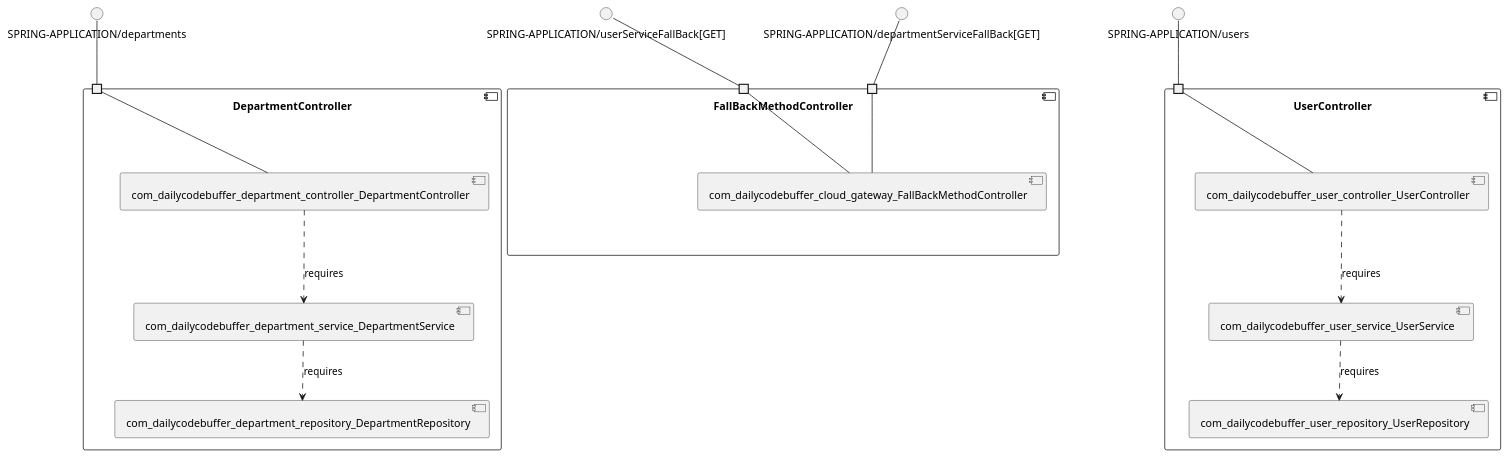
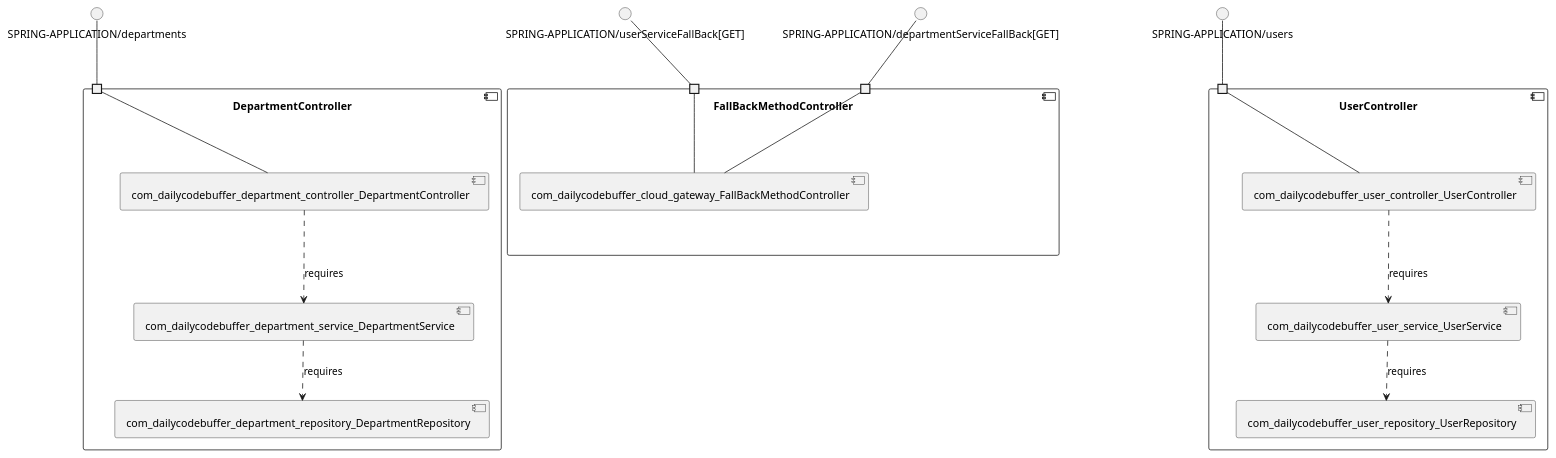
Before and after one commit to View-Based-Reverse-Engineering/Retriever-Benchmark: the diagram in shabbirdwd53-springboot-microservice/model_re/uml/componentDiagram.puml, drawn with PlantUML. The commit also changed other lines of this file and 195 other files, not shown here.

```diff
--- a/shabbirdwd53-springboot-microservice/model_re/uml/componentDiagram.puml
+++ b/shabbirdwd53-springboot-microservice/model_re/uml/componentDiagram.puml
@@ -1,37 +1,37 @@
 @startuml
 skinparam fixCircleLabelOverlapping true
 component "DepartmentController\n\n\n\n\n\n" {
+[com_dailycodebuffer_department_service_DepartmentService]
 [com_dailycodebuffer_department_controller_DepartmentController]
-[com_dailycodebuffer_department_service_DepartmentService]
 [com_dailycodebuffer_department_repository_DepartmentRepository]
 portin " " as DepartmentController.requires.SPRING_APPLICATION_departments
+[com_dailycodebuffer_department_service_DepartmentService]..>[com_dailycodebuffer_department_repository_DepartmentRepository] : requires
 [com_dailycodebuffer_department_controller_DepartmentController]..>[com_dailycodebuffer_department_service_DepartmentService] : requires
-[com_dailycodebuffer_department_service_DepartmentService]..>[com_dailycodebuffer_department_repository_DepartmentRepository] : requires
 "DepartmentController.requires.SPRING_APPLICATION_departments"--[com_dailycodebuffer_department_controller_DepartmentController]
 }
 interface "SPRING-APPLICATION/departments" as interface.SPRING_APPLICATION_departments
 interface.SPRING_APPLICATION_departments--"DepartmentController.requires.SPRING_APPLICATION_departments"
 component "FallBackMethodController\n\n\n\n\n\n" {
 [com_dailycodebuffer_cloud_gateway_FallBackMethodController]
+portin " " as FallBackMethodController.requires.SPRING_APPLICATION_userServiceFallBack_GET_
 portin " " as FallBackMethodController.requires.SPRING_APPLICATION_departmentServiceFallBack_GET_
-portin " " as FallBackMethodController.requires.SPRING_APPLICATION_userServiceFallBack_GET_
 "FallBackMethodController.requires.SPRING_APPLICATION_userServiceFallBack_GET_"--[com_dailycodebuffer_cloud_gateway_FallBackMethodController]
 "FallBackMethodController.requires.SPRING_APPLICATION_departmentServiceFallBack_GET_"--[com_dailycodebuffer_cloud_gateway_FallBackMethodController]
 }
 interface "SPRING-APPLICATION/userServiceFallBack[GET]" as interface.SPRING_APPLICATION_userServiceFallBack_GET_
 interface.SPRING_APPLICATION_userServiceFallBack_GET_--"FallBackMethodController.requires.SPRING_APPLICATION_userServiceFallBack_GET_"
 interface "SPRING-APPLICATION/departmentServiceFallBack[GET]" as interface.SPRING_APPLICATION_departmentServiceFallBack_GET_
 interface.SPRING_APPLICATION_departmentServiceFallBack_GET_--"FallBackMethodController.requires.SPRING_APPLICATION_departmentServiceFallBack_GET_"
 component "UserController\n\n\n\n\n\n" {
+[com_dailycodebuffer_user_controller_UserController]
+[com_dailycodebuffer_user_service_UserService]
 [com_dailycodebuffer_user_repository_UserRepository]
-[com_dailycodebuffer_user_service_UserService]
-[com_dailycodebuffer_user_controller_UserController]
 portin " " as UserController.requires.SPRING_APPLICATION_users
+[com_dailycodebuffer_user_controller_UserController]..>[com_dailycodebuffer_user_service_UserService] : requires
 [com_dailycodebuffer_user_service_UserService]..>[com_dailycodebuffer_user_repository_UserRepository] : requires
-[com_dailycodebuffer_user_controller_UserController]..>[com_dailycodebuffer_user_service_UserService] : requires
 "UserController.requires.SPRING_APPLICATION_users"--[com_dailycodebuffer_user_controller_UserController]
 }
 interface "SPRING-APPLICATION/users" as interface.SPRING_APPLICATION_users
 interface.SPRING_APPLICATION_users--"UserController.requires.SPRING_APPLICATION_users"
 
 @enduml
```
